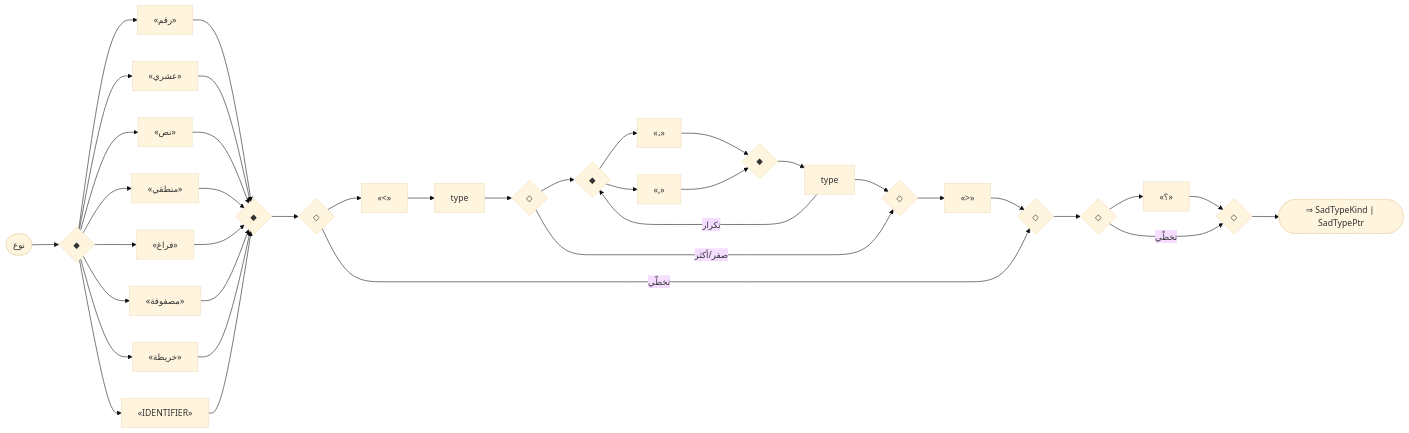
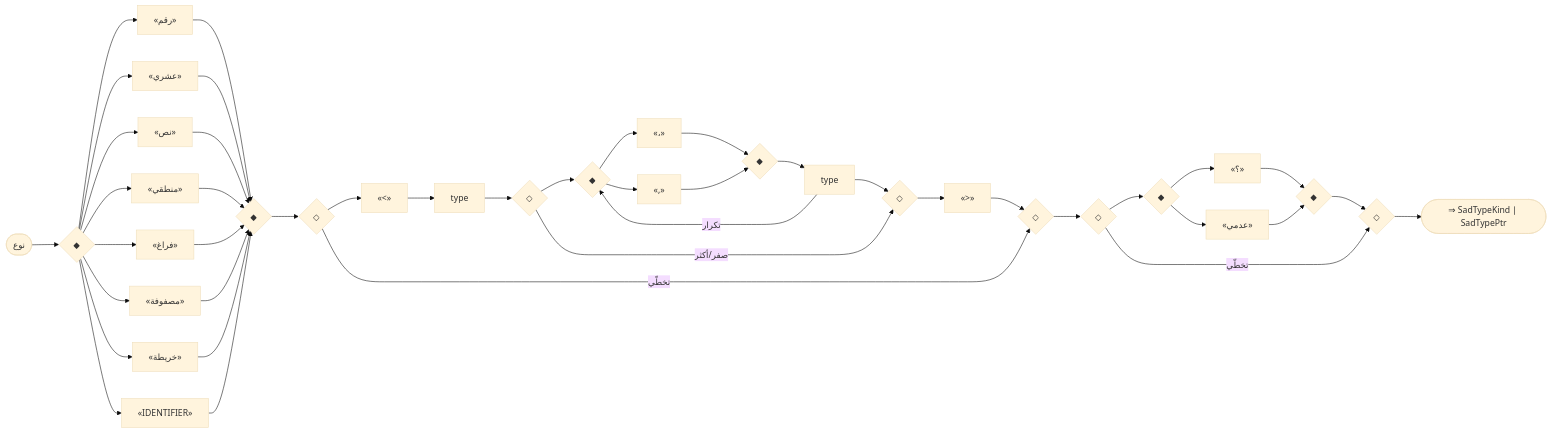
Before and after one commit to sadlang/sadlang: the third of 57 diagrams in docs/parser_rule/_generated/60_advanced.md, drawn with Mermaid (base theme). The commit also changed other lines of this file and 305 other files, not shown here.

````diff
--- a/docs/parser_rule/_generated/60_advanced.md
+++ b/docs/parser_rule/_generated/60_advanced.md
@@ -88,68 +89,75 @@
 ```mermaid
 flowchart LR
   n1(["نوع"])
   n2{"◆"}
   n3{"◆"}
   n4["«رقم»"]
   n2 --> n4
   n4 --> n3
   n5["«عشري»"]
   n2 --> n5
   n5 --> n3
   n6["«نص»"]
   n2 --> n6
   n6 --> n3
   n7["«منطقي»"]
   n2 --> n7
   n7 --> n3
   n8["«فراغ»"]
   n2 --> n8
   n8 --> n3
   n9["«مصفوفة»"]
   n2 --> n9
   n9 --> n3
   n10["«خريطة»"]
   n2 --> n10
   n10 --> n3
   n11["«IDENTIFIER»"]
   n2 --> n11
   n11 --> n3
   n12{"◇"}
   n13{"◇"}
   n14["«<»"]
   n15["type"]
   n14 --> n15
   n16{"◇"}
   n17{"◇"}
   n18{"◆"}
   n19{"◆"}
   n20["«،»"]
   n18 --> n20
   n20 --> n19
   n21["«,»"]
   n18 --> n21
   n21 --> n19
   n22["type"]
   n19 --> n22
   n16 --> n18
   n22 --> n17
   n22 -- "تكرار" --> n18
   n16 -- "صفر/أكثر" --> n17
   n15 --> n16
   n23["«>»"]
   n17 --> n23
   n12 --> n14
   n23 --> n13
   n12 -- "تخطّي" --> n13
   n3 --> n12
   n24{"◇"}
   n25{"◇"}
-  n26["«؟»"]
+  n26{"◆"}
+  n27{"◆"}
+  n28["«؟»"]
+  n26 --> n28
+  n28 --> n27
+  n29["«عدمي»"]
+  n26 --> n29
+  n29 --> n27
   n24 --> n26
-  n26 --> n25
+  n27 --> n25
   n24 -- "تخطّي" --> n25
   n13 --> n24
   n1 --> n2
-  n27(["⇒ SadTypeKind ∣ SadTypePtr"])
-  n25 --> n27
+  n30(["⇒ SadTypeKind ∣ SadTypePtr"])
+  n25 --> n30
 ```
````
